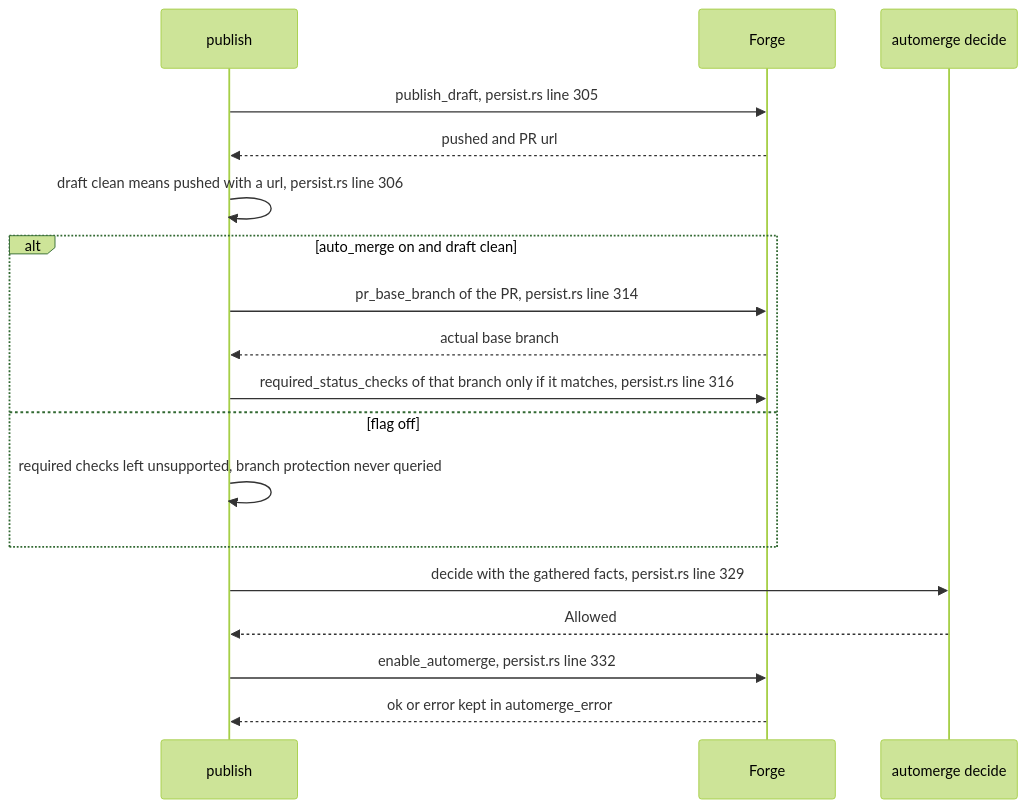
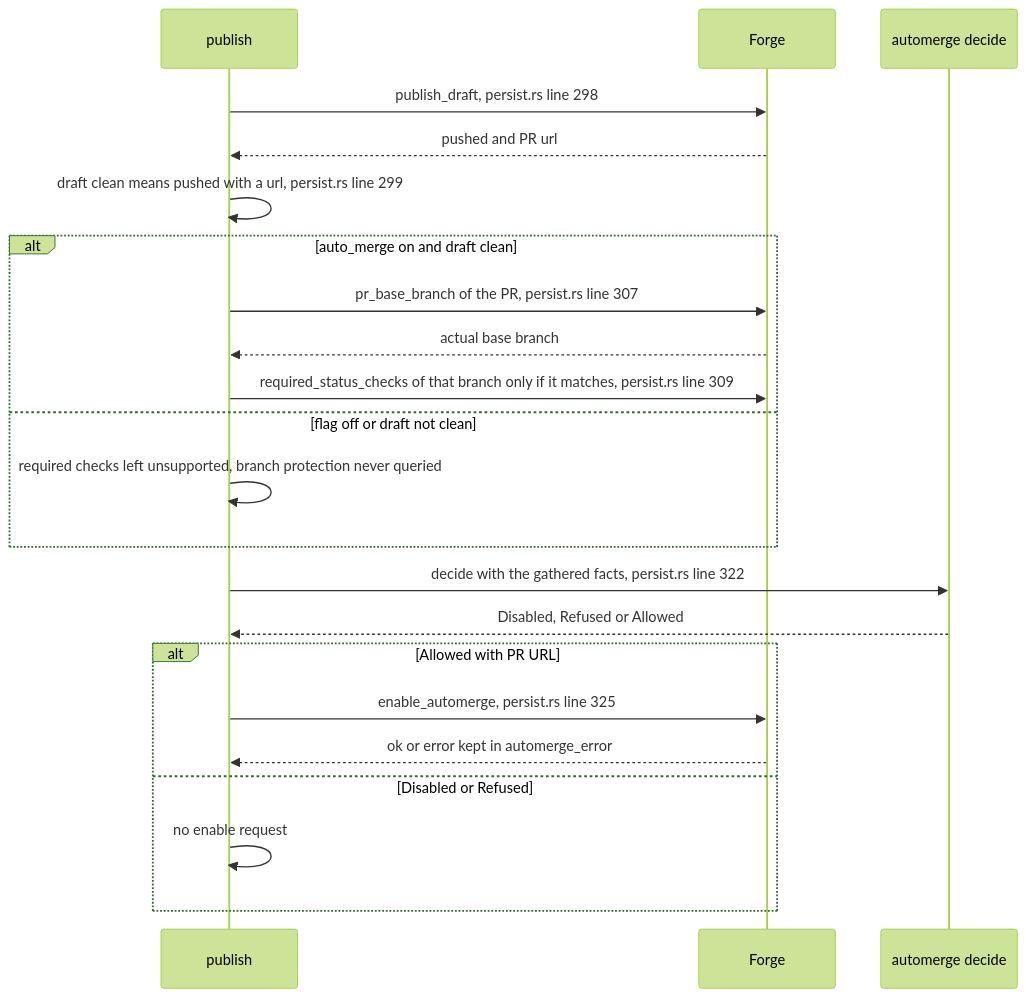
One commit to DreamLab-AI/dream-engine changed the second of 2 diagrams in docs/diagrams/nightly/03-automerge-policy-decision-tree.md. Above: the diagram before and after it, drawn with Mermaid (forest theme). The commit also changed other lines of this file and 11 other files, not shown here.

Commit message:
docs: reconcile all dream-engine diagrams with current source contracts

````diff
--- a/docs/diagrams/nightly/03-automerge-policy-decision-tree.md
+++ b/docs/diagrams/nightly/03-automerge-policy-decision-tree.md
@@ -67,20 +62,24 @@
 ```mermaid
 sequenceDiagram
     participant P as publish
     participant F as Forge
     participant D as automerge decide
-    P->>F: publish_draft, persist.rs line 305
+    P->>F: publish_draft, persist.rs line 298
     F-->>P: pushed and PR url
-    P->>P: draft clean means pushed with a url, persist.rs line 306
+    P->>P: draft clean means pushed with a url, persist.rs line 299
     alt auto_merge on and draft clean
-        P->>F: pr_base_branch of the PR, persist.rs line 314
+        P->>F: pr_base_branch of the PR, persist.rs line 307
         F-->>P: actual base branch
-        P->>F: required_status_checks of that branch only if it matches, persist.rs line 316
-    else flag off
+        P->>F: required_status_checks of that branch only if it matches, persist.rs line 309
+    else flag off or draft not clean
         P->>P: required checks left unsupported, branch protection never queried
     end
-    P->>D: decide with the gathered facts, persist.rs line 329
-    D-->>P: Allowed
-    P->>F: enable_automerge, persist.rs line 332
-    F-->>P: ok or error kept in automerge_error
+    P->>D: decide with the gathered facts, persist.rs line 322
+    D-->>P: Disabled, Refused or Allowed
+    alt Allowed with PR URL
+        P->>F: enable_automerge, persist.rs line 325
+        F-->>P: ok or error kept in automerge_error
+    else Disabled or Refused
+        P->>P: no enable request
+    end
 ```
````
